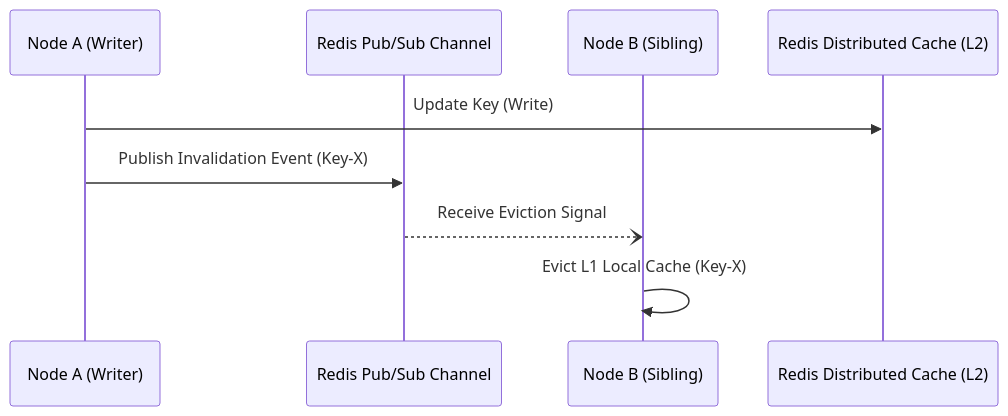
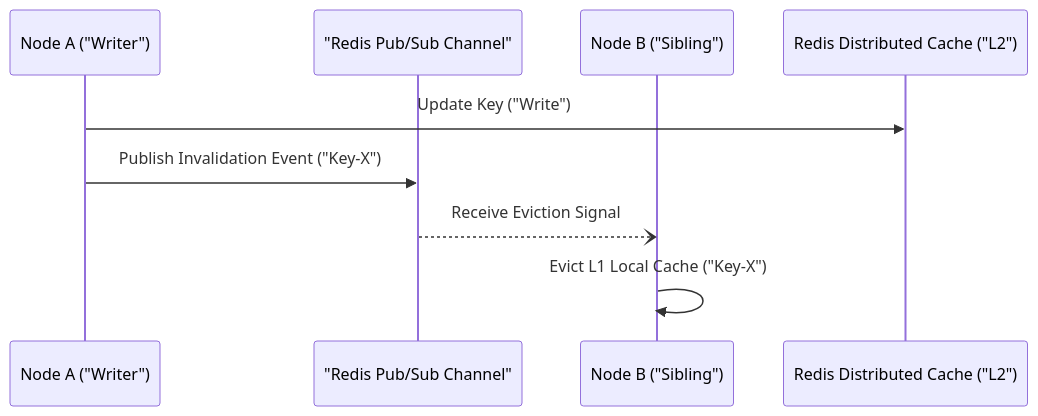
Before and after one commit to vesviet/vesviet: the second of 2 diagrams in content/series/high-concurrency-systems/article_2_caching.md, drawn with Mermaid. The commit also changed other lines of this file and 331 other files, not shown here.

````diff
--- a/content/series/high-concurrency-systems/article_2_caching.md
+++ b/content/series/high-concurrency-systems/article_2_caching.md
@@ -114,12 +117,12 @@
 ```mermaid
 sequenceDiagram
-    participant WriterNode as Node A (Writer)
-    participant RedisPubSub as Redis Pub/Sub Channel
-    participant SiblingNode as Node B (Sibling)
-    participant RedisCache as Redis Distributed Cache (L2)
+    participant WriterNode as Node A ("Writer")
+    participant RedisPubSub as "Redis Pub/Sub Channel"
+    participant SiblingNode as Node B ("Sibling")
+    participant RedisCache as Redis Distributed Cache ("L2")
 
-    WriterNode->>RedisCache: Update Key (Write)
-    WriterNode->>RedisPubSub: Publish Invalidation Event (Key-X)
+    WriterNode->>RedisCache: Update Key ("Write")
+    WriterNode->>RedisPubSub: Publish Invalidation Event ("Key-X")
     RedisPubSub--)SiblingNode: Receive Eviction Signal
-    SiblingNode->>SiblingNode: Evict L1 Local Cache (Key-X)
+    SiblingNode->>SiblingNode: Evict L1 Local Cache ("Key-X")
 ```
````
